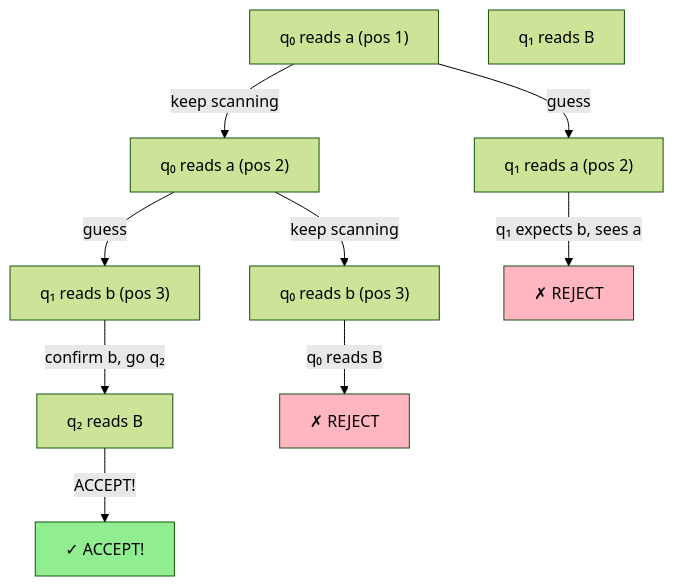
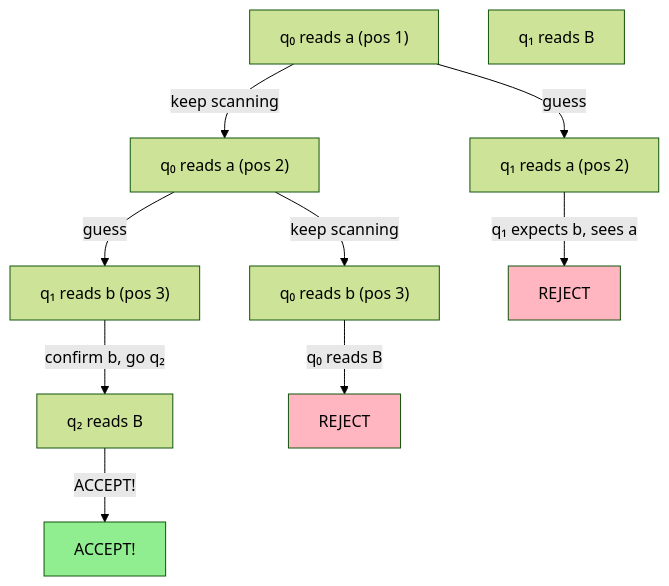
Before and after one commit to Vtheonly/Obsidian_Notes: the eighth of 10 diagrams in Master 1/S2/Complexity and Advanced Algorithms old/old/Course/Chapter 1. Calculability/12 Non-Deterministic Turing Machines.md, drawn with Mermaid (forest theme). The commit also changed other lines of this file and 148 other files, not shown here.

````diff
--- a/Master 1/S2/Complexity and Advanced Algorithms old/old/Course/Chapter 1. Calculability/12 Non-Deterministic Turing Machines.md
+++ b/Master 1/S2/Complexity and Advanced Algorithms old/old/Course/Chapter 1. Calculability/12 Non-Deterministic Turing Machines.md
@@ -371,23 +371,23 @@
 ```mermaid
 graph TD
     AAB0["q₀ reads a (pos 1)"]
     AAB1["q₀ reads a (pos 2)"]
     AAB2["q₁ reads a (pos 2)"]
     AAB3["q₀ reads b (pos 3)"]
     AAB4["q₁ reads b (pos 3)"]
     AAB5["q₁ reads B"]
     AAB6["q₂ reads B"]
 
     AAB0 -->|"keep scanning"| AAB1
     AAB0 -->|"guess"| AAB2
     AAB1 -->|"keep scanning"| AAB3
     AAB1 -->|"guess"| AAB4
-    AAB2 -->|"q₁ expects b, sees a"| R1["✗ REJECT"]
-    AAB3 -->|"q₀ reads B"| R2["✗ REJECT"]
+    AAB2 -->|"q₁ expects b, sees a"| R1[" REJECT"]
+    AAB3 -->|"q₀ reads B"| R2[" REJECT"]
     AAB4 -->|"confirm b, go q₂"| AAB6
-    AAB6 -->|"ACCEPT!"| ACC["✓ ACCEPT!"]
+    AAB6 -->|"ACCEPT!"| ACC[" ACCEPT!"]
 
     style R1 fill:#FFB6C1
     style R2 fill:#FFB6C1
     style ACC fill:#90EE90
 ```
````
